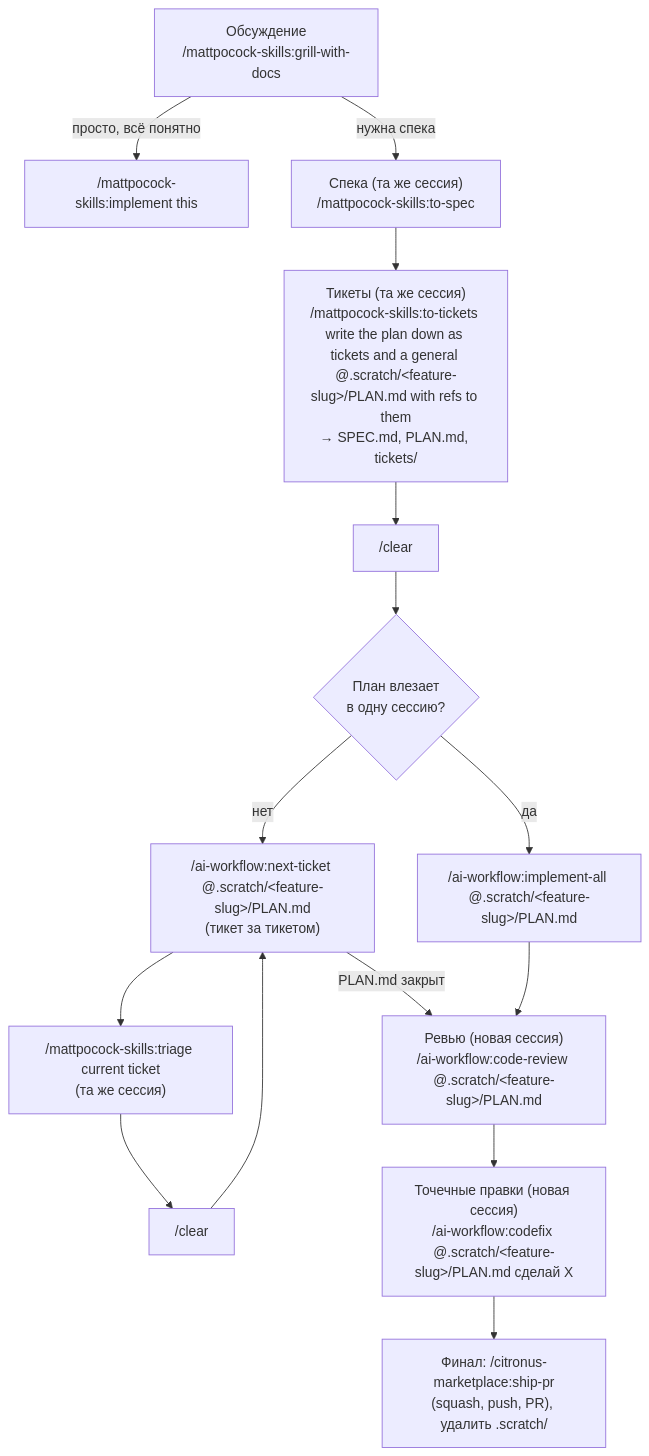
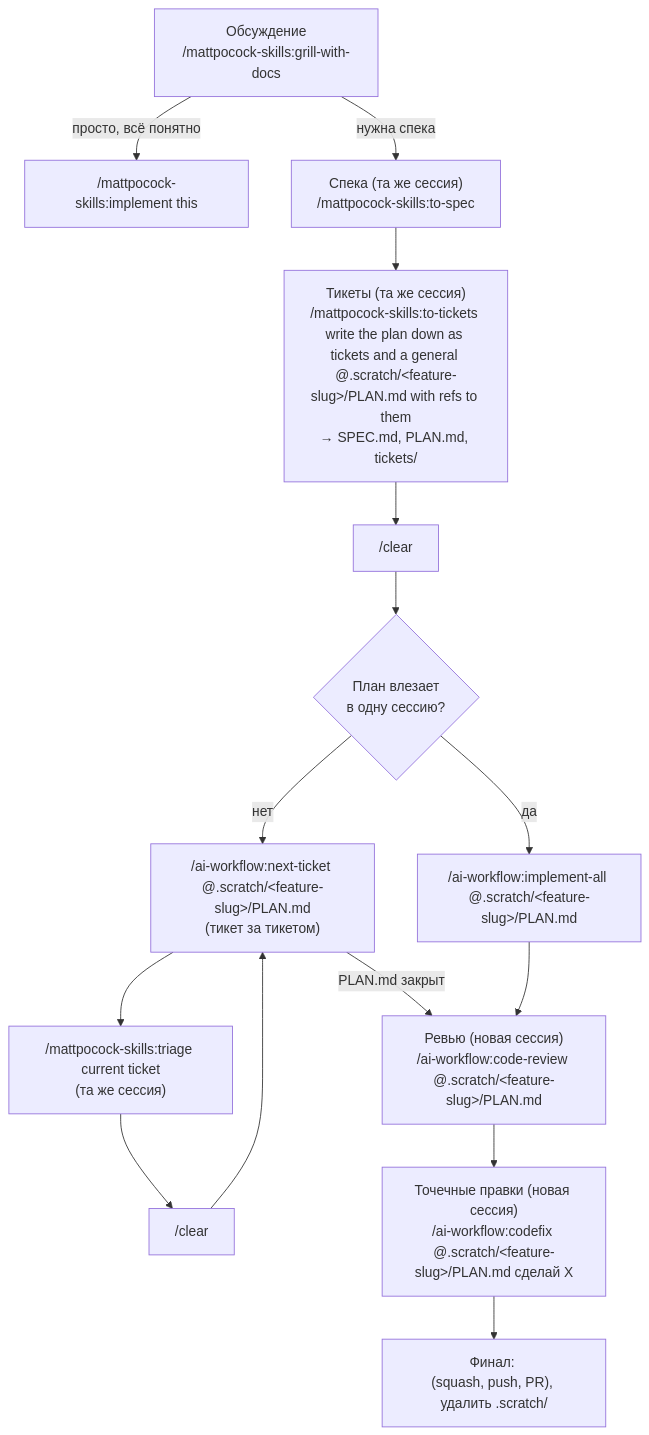
The diagram in README.md (Whatislove118/AI-Workflow), drawn with Mermaid before and after one commit. The commit also changed other lines of this file and 1 other file, not shown here.

````diff
--- a/README.md
+++ b/README.md
@@ -39,17 +45,17 @@
 ```mermaid
 flowchart TD
     A["Обсуждение\n/mattpocock-skills:grill-with-docs"]
     A -- "просто, всё понятно" --> B["/mattpocock-skills:implement this"]
     A -- "нужна спека" --> C["Спека (та же сессия)\n/mattpocock-skills:to-spec"]
     C --> D["Тикеты (та же сессия)\n/mattpocock-skills:to-tickets write the plan down as tickets and a general @.scratch/#lt;feature-slug#gt;/PLAN.md with refs to them\n→ SPEC.md, PLAN.md, tickets/"]
     D --> E["/clear"]
     E --> F{"План влезает\nв одну сессию?"}
     F -- да --> G["/ai-workflow:implement-all @.scratch/#lt;feature-slug#gt;/PLAN.md"]
     F -- нет --> H["/ai-workflow:next-ticket @.scratch/#lt;feature-slug#gt;/PLAN.md\n(тикет за тикетом)"]
     H --> T["/mattpocock-skills:triage current ticket\n(та же сессия)"]
     T --> I["/clear"] --> H
     H -- "PLAN.md закрыт" --> J
     G --> J["Ревью (новая сессия)\n/ai-workflow:code-review @.scratch/#lt;feature-slug#gt;/PLAN.md"]
     J --> K["Точечные правки (новая сессия)\n/ai-workflow:codefix @.scratch/#lt;feature-slug#gt;/PLAN.md сделай X"]
-    K --> L["Финал: /citronus-marketplace:ship-pr\n(squash, push, PR), удалить .scratch/"]
+    K --> L["Финал: \n(squash, push, PR), удалить .scratch/"]
 ```
````
